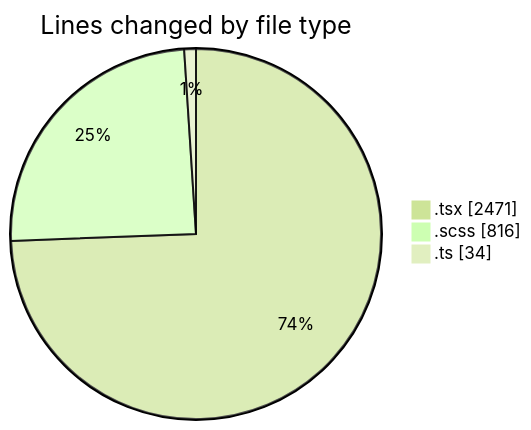
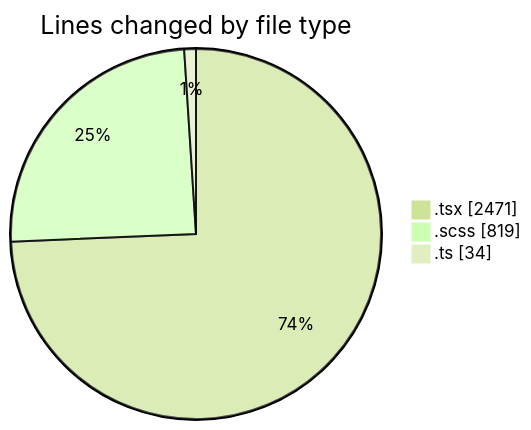
One commit to momahboobian/code-tracking changed the first of 2 diagrams in 2025-04-07/cda/README.md. Above: the diagram before and after it, drawn with Mermaid (forest theme). The commit also changed other lines of this file and 1 other file, not shown here.

````diff
--- a/2025-04-07/cda/README.md
+++ b/2025-04-07/cda/README.md
@@ -34,7 +34,7 @@
 ```mermaid
 pie showData
 title Lines changed by file type
 ".tsx" : 2471
-".scss" : 816
+".scss" : 819
 ".ts" : 34
 ```
````
